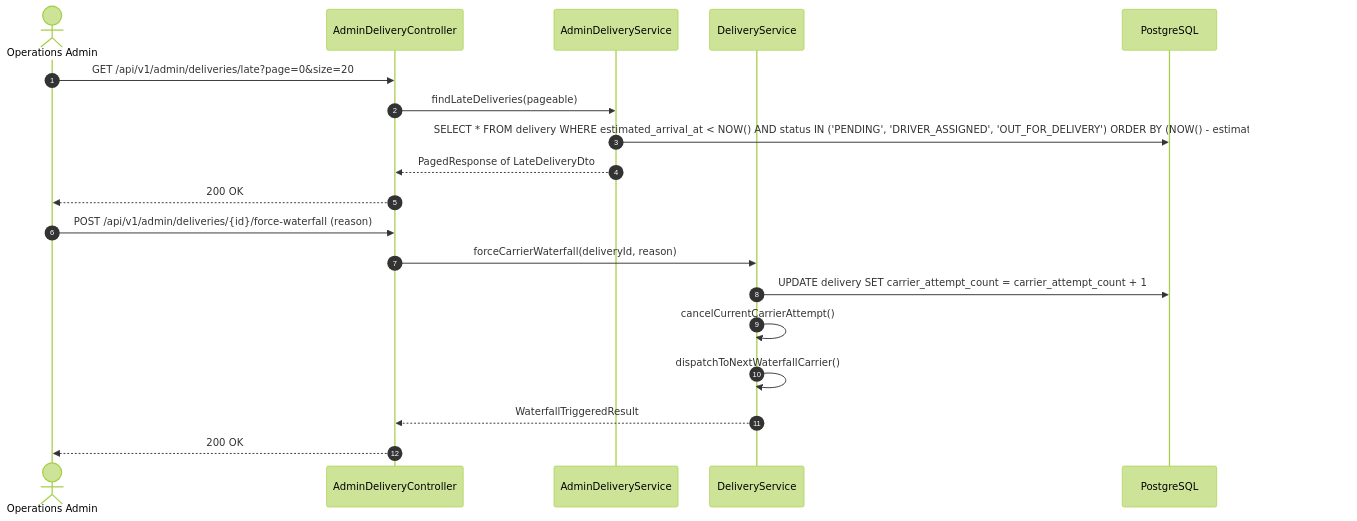
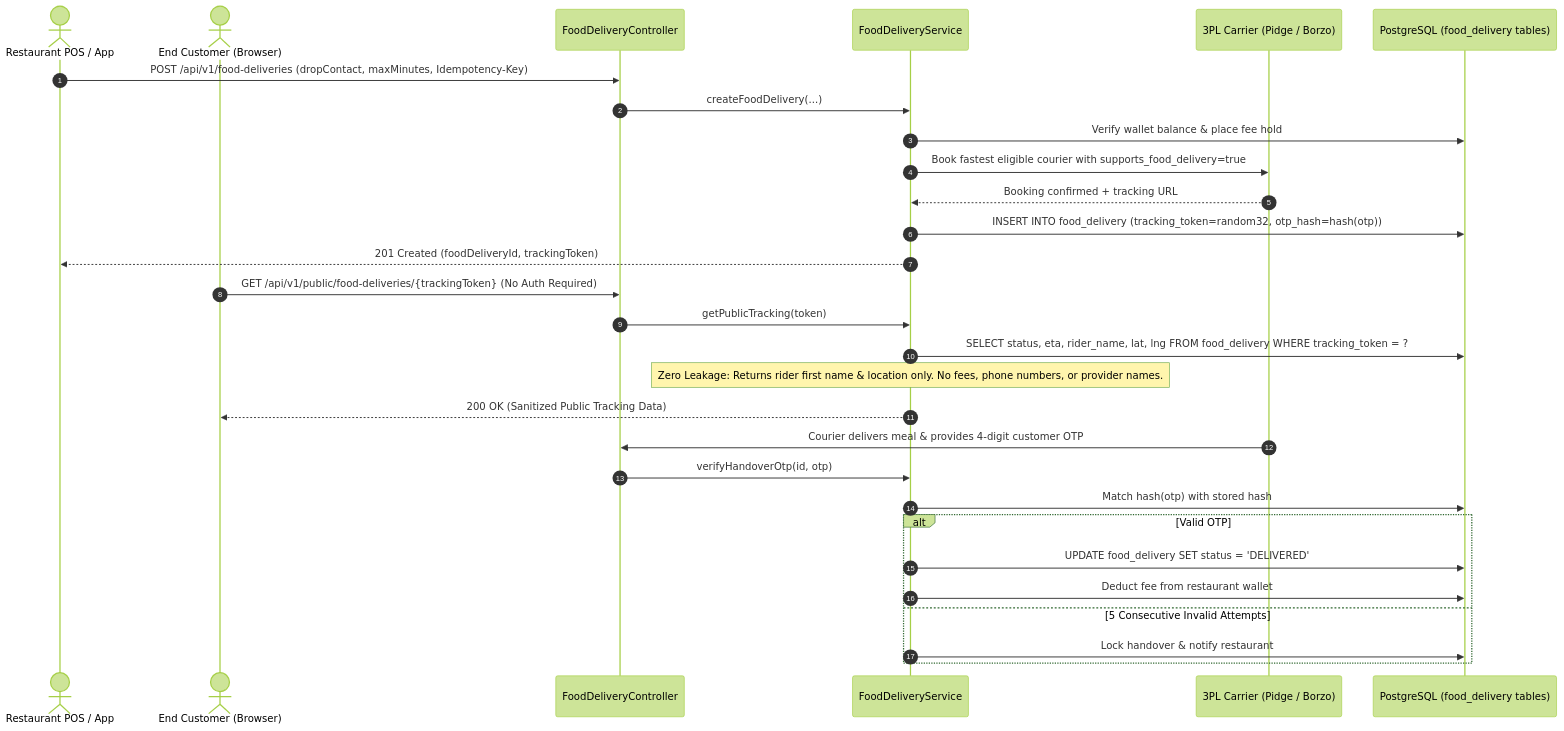
One commit to narasimha-reddy/costonomy-mp-api changed the eighth of 8 diagrams in docs/architecture/sequence-diagrams/02-delivery-and-logistics.md. Above: the diagram before and after it, drawn with Mermaid (forest theme). The commit also changed other lines of this file, not shown here.

First line of the commit message:
docs(architecture): delivery sequence diagrams for the current flows

````diff
--- a/docs/architecture/sequence-diagrams/02-delivery-and-logistics.md
+++ b/docs/architecture/sequence-diagrams/02-delivery-and-logistics.md
@@ -165,23 +268,34 @@
 ```mermaid
 sequenceDiagram
     autonumber
-    actor Ops as Operations Admin
-    participant ADC as AdminDeliveryController
-    participant ADS as AdminDeliveryService
-    participant DS as DeliveryService
-    participant DB as PostgreSQL
+    actor Restaurant as Restaurant POS / App
+    actor Customer as End Customer (Browser)
+    participant FDC as FoodDeliveryController
+    participant FDS as FoodDeliveryService
+    participant DP as 3PL Carrier (Pidge / Borzo)
+    participant DB as PostgreSQL (food_delivery tables)
 
-    Ops->>ADC: GET /api/v1/admin/deliveries/late?page=0&size=20
-    ADC->>ADS: findLateDeliveries(pageable)
-    ADS->>DB: SELECT * FROM delivery WHERE estimated_arrival_at < NOW() AND status IN ('PENDING', 'DRIVER_ASSIGNED', 'OUT_FOR_DELIVERY') ORDER BY (NOW() - estimated_arrival_at) DESC
-    ADS-->>ADC: PagedResponse of LateDeliveryDto
-    ADC-->>Ops: 200 OK
+    Restaurant->>FDC: POST /api/v1/food-deliveries (dropContact, maxMinutes, Idempotency-Key)
+    FDC->>FDS: createFoodDelivery(...)
+    FDS->>DB: Verify wallet balance & place fee hold
+    FDS->>DP: Book fastest eligible courier with supports_food_delivery=true
+    DP-->>FDS: Booking confirmed + tracking URL
+    FDS->>DB: INSERT INTO food_delivery (tracking_token=random32, otp_hash=hash(otp))
+    FDS-->>Restaurant: 201 Created (foodDeliveryId, trackingToken)
 
-    Ops->>ADC: POST /api/v1/admin/deliveries/{id}/force-waterfall (reason)
-    ADC->>DS: forceCarrierWaterfall(deliveryId, reason)
-    DS->>DB: UPDATE delivery SET carrier_attempt_count = carrier_attempt_count + 1
-    DS->>DS: cancelCurrentCarrierAttempt()
-    DS->>DS: dispatchToNextWaterfallCarrier()
-    DS-->>ADC: WaterfallTriggeredResult
-    ADC-->>Ops: 200 OK
+    Customer->>FDC: GET /api/v1/public/food-deliveries/{trackingToken} (No Auth Required)
+    FDC->>FDS: getPublicTracking(token)
+    FDS->>DB: SELECT status, eta, rider_name, lat, lng FROM food_delivery WHERE tracking_token = ?
+    Note over FDS: Zero Leakage: Returns rider first name & location only. No fees, phone numbers, or provider names.
+    FDS-->>Customer: 200 OK (Sanitized Public Tracking Data)
+
+    DP->>FDC: Courier delivers meal & provides 4-digit customer OTP
+    FDC->>FDS: verifyHandoverOtp(id, otp)
+    FDS->>DB: Match hash(otp) with stored hash
+    alt Valid OTP
+        FDS->>DB: UPDATE food_delivery SET status = 'DELIVERED'
+        FDS->>DB: Deduct fee from restaurant wallet
+    else 5 Consecutive Invalid Attempts
+        FDS->>DB: Lock handover & notify restaurant
+    end
 ```
````
